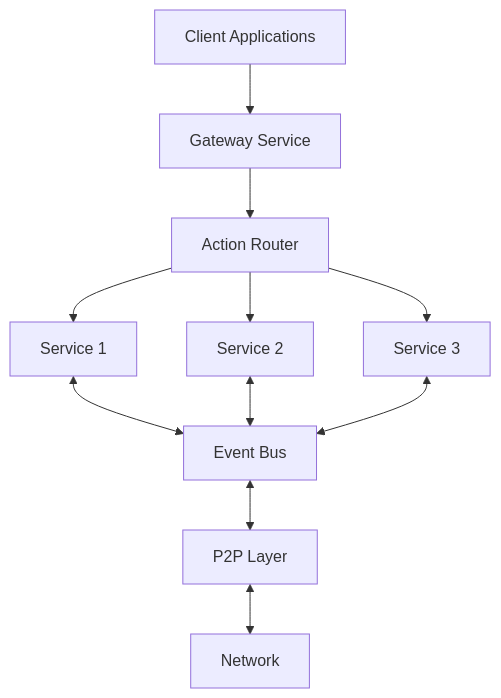
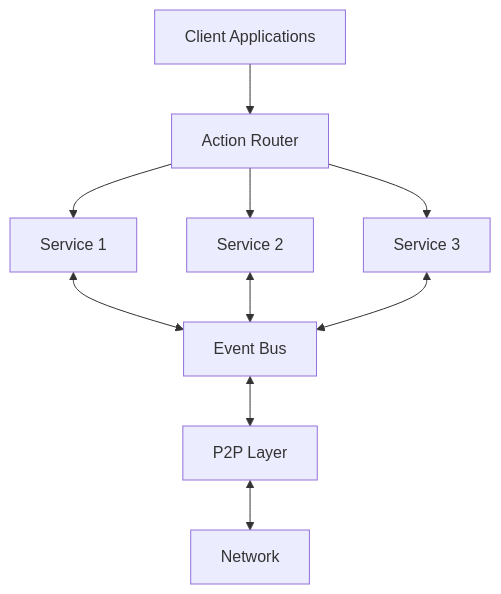
One commit to runar-labs/rust-docs changed the diagram in docs/getting-started/overview.md. Above: the diagram before and after it, drawn with Mermaid. The commit also changed other lines of this file and 21 other files, not shown here.

````diff
--- a/docs/getting-started/overview.md
+++ b/docs/getting-started/overview.md
@@ -31,13 +31,12 @@
 ```mermaid
 graph TD
-    Client[Client Applications] --> Gateway
-    Gateway[Gateway Service] --> Router
+    Client[Client Applications] --> Router
     Router[Action Router] --> S1[Service 1]
     Router --> S2[Service 2]
     Router --> S3[Service 3]
     S1 <--> EventBus[Event Bus]
     S2 <--> EventBus
     S3 <--> EventBus
     EventBus <--> P2P[P2P Layer]
     P2P <--> Network[Network]
 ```
````
